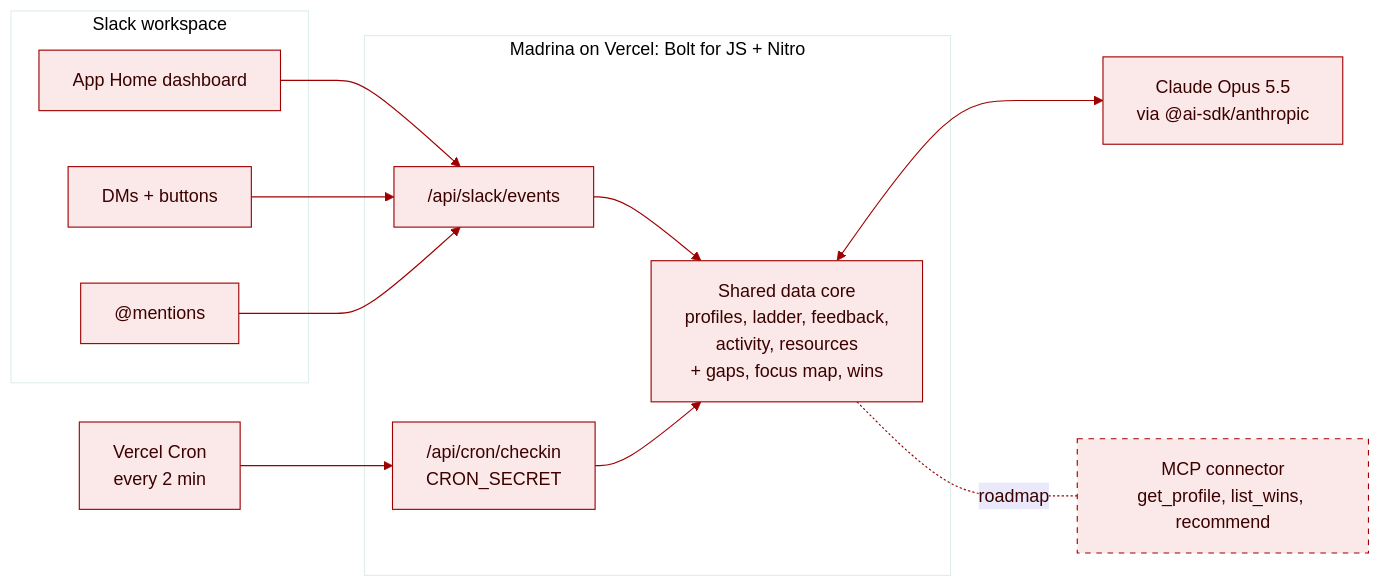
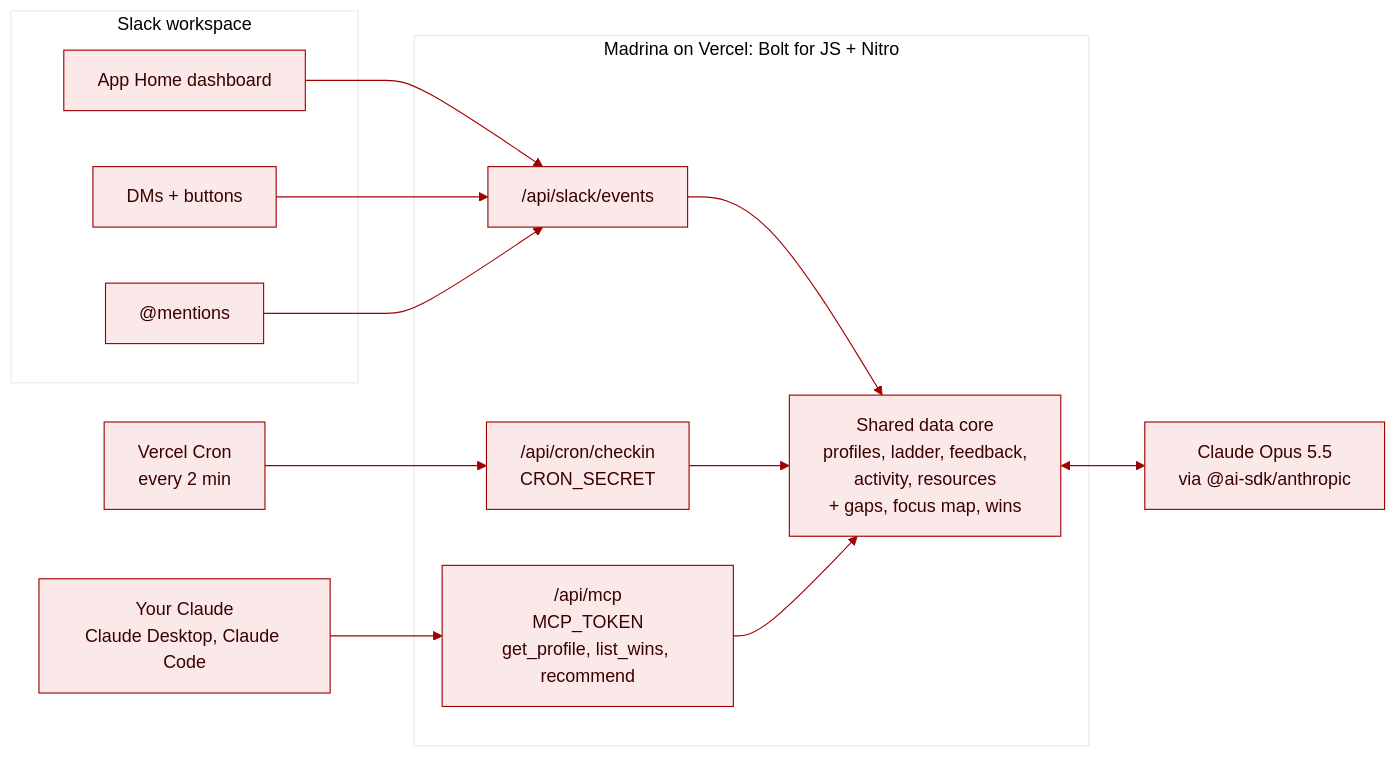
One commit to FrancesCoronel/madrina changed the diagram in README.md. Above: the diagram before and after it, drawn with Mermaid. The commit also changed other lines of this file, not shown here.

First line of the commit message:
README: MCP connector moves from roadmap to built, with connect steps

````diff
--- a/README.md
+++ b/README.md
@@ -48,26 +49,26 @@
 ```mermaid
 %%{init: {'theme': 'base', 'themeVariables': {'fontFamily': 'Lato, sans-serif', 'primaryColor': '#fbe9e9', 'primaryBorderColor': '#9e0001', 'primaryTextColor': '#3b0000', 'lineColor': '#9e0001'}}}%%
 flowchart LR
   subgraph Slack["Slack workspace"]
     Home["App Home dashboard"]
     DM["DMs + buttons"]
     Mention["@mentions"]
   end
   Cron["Vercel Cron<br/>every 2 min"]
   subgraph App["Madrina on Vercel: Bolt for JS + Nitro"]
     Events["/api/slack/events"]
     CronRoute["/api/cron/checkin<br/>CRON_SECRET"]
+    McpRoute["/api/mcp<br/>MCP_TOKEN<br/>get_profile, list_wins, recommend"]
     Core["Shared data core<br/>profiles, ladder, feedback,<br/>activity, resources<br/>+ gaps, focus map, wins"]
   end
   Claude["Claude Opus 5.5<br/>via @ai-sdk/anthropic"]
-  MCP["MCP connector<br/>get_profile, list_wins, recommend"]:::roadmap
+  Personal["Your Claude<br/>Claude Desktop, Claude Code"]
 
   Home & DM & Mention --> Events
   Cron --> CronRoute
+  Personal --> McpRoute
   Events --> Core
   CronRoute --> Core
+  McpRoute --> Core
   Core <--> Claude
-  Core -. roadmap .- MCP
-
-  classDef roadmap stroke-dasharray: 5 5
 ```
````
